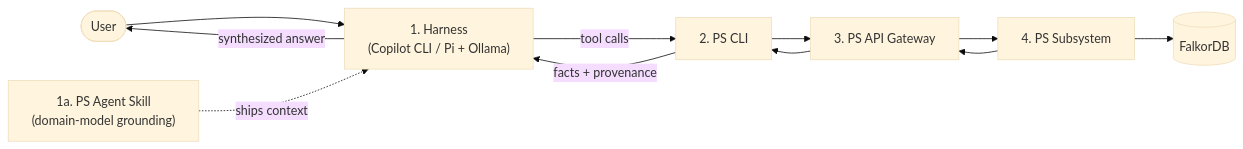
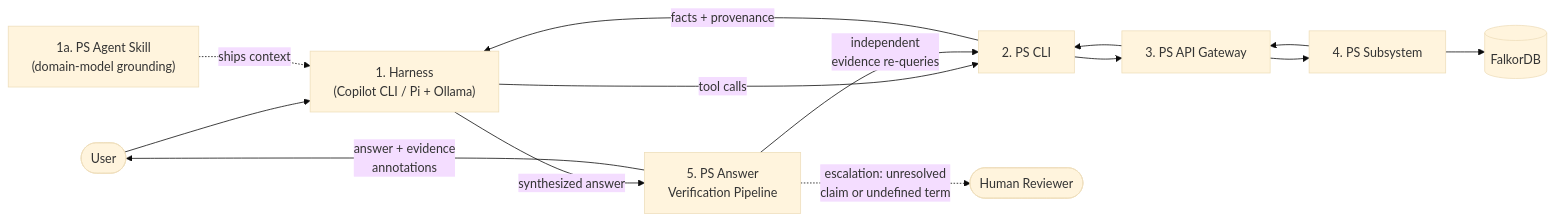
Before and after one commit to mindovermachine-dev/policy-system: the diagram in docs/architecture/ps-prototype-architecture.md, drawn with Mermaid (base theme). The commit also changed other lines of this file and 18 other files, not shown here.

````diff
--- a/docs/architecture/ps-prototype-architecture.md
+++ b/docs/architecture/ps-prototype-architecture.md
@@ -27,13 +28,16 @@
 ```mermaid
 graph LR
     User([User]) --> Harness["1. Harness<br/>(Copilot CLI / Pi + Ollama)"]
     Skill["1a. PS Agent Skill<br/>(domain-model grounding)"] -.->|ships context| Harness
     Harness -->|tool calls| CLI["2. PS CLI"]
     CLI --> Gateway["3. PS API Gateway"]
     Gateway --> Subsystem["4. PS Subsystem"]
     Subsystem --> Graph[("FalkorDB")]
     Subsystem --> Gateway
     Gateway --> CLI
     CLI -->|facts + provenance| Harness
-    Harness -->|synthesized answer| User
+    Harness -->|synthesized answer| Pipeline["5. PS Answer<br/>Verification Pipeline"]
+    Pipeline -->|independent<br/>evidence re-queries| CLI
+    Pipeline -->|answer + evidence<br/>annotations| User
+    Pipeline -.->|escalation: unresolved<br/>claim or undefined term| Human([Human Reviewer])
 ```
````
